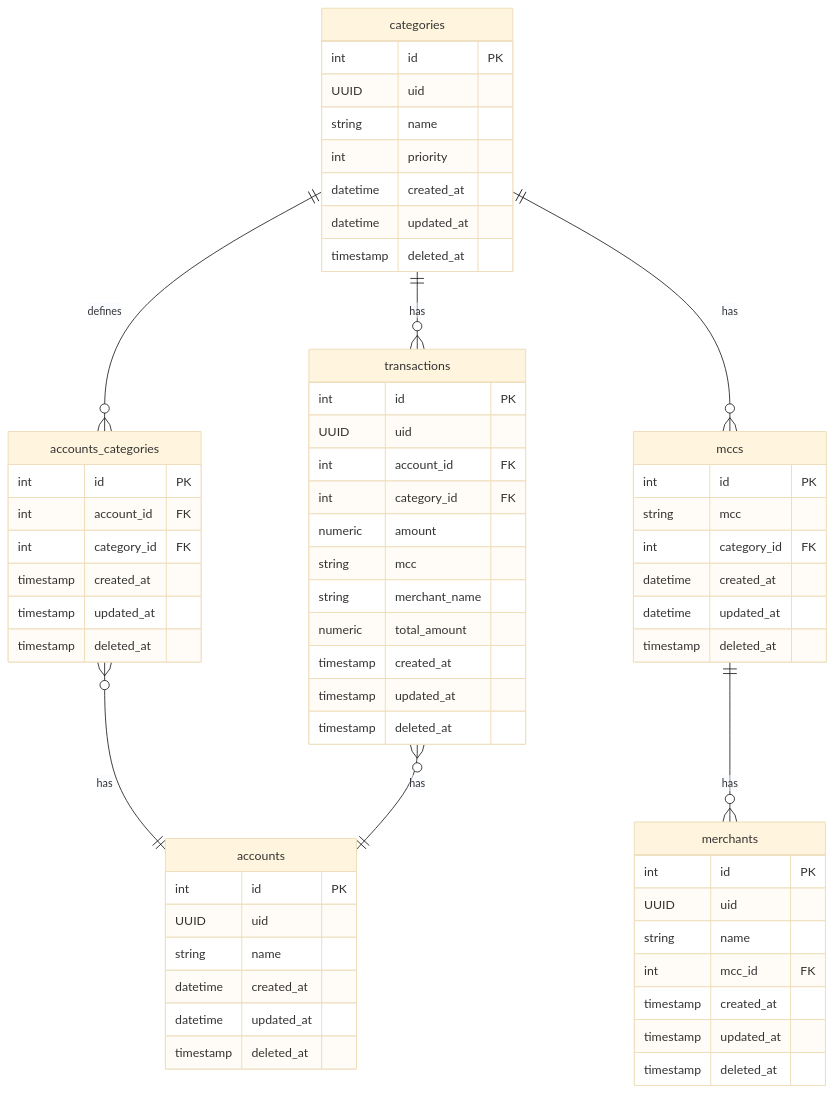
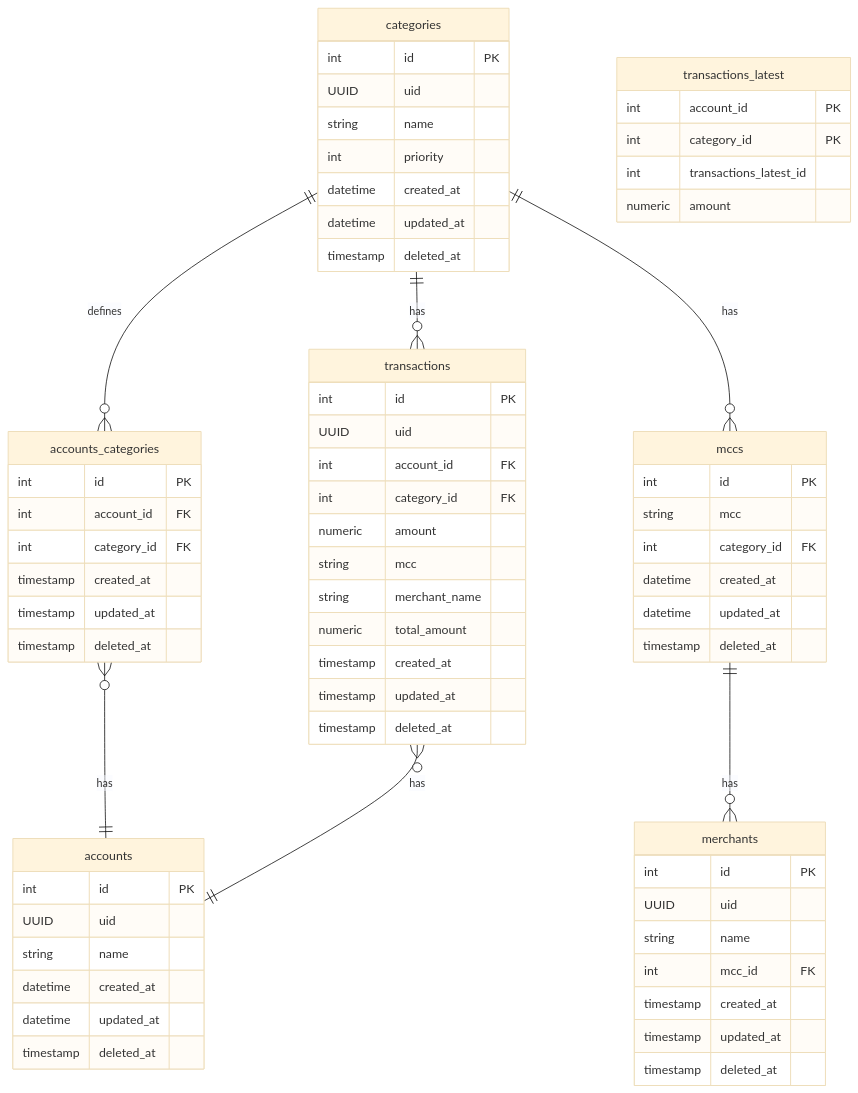
One commit to marciovmartins/jtonynet-go-payments-api changed the first of 3 diagrams in README.md. Above: the diagram before and after it, drawn with Mermaid (base theme). The commit also changed other lines of this file and 11 other files, not shown here.

```diff
--- a/README.md
+++ b/README.md
@@ -798,6 +802,13 @@
         timestamp deleted_at
     }
 
+    transactions_latest {
+        int account_id PK
+        int category_id PK
+        int transactions_latest_id
+        numeric amount
+    }
+
     categories ||--o{ transactions : has
     categories ||--o{ mccs : has
     categories ||--o{ accounts_categories : defines
```
